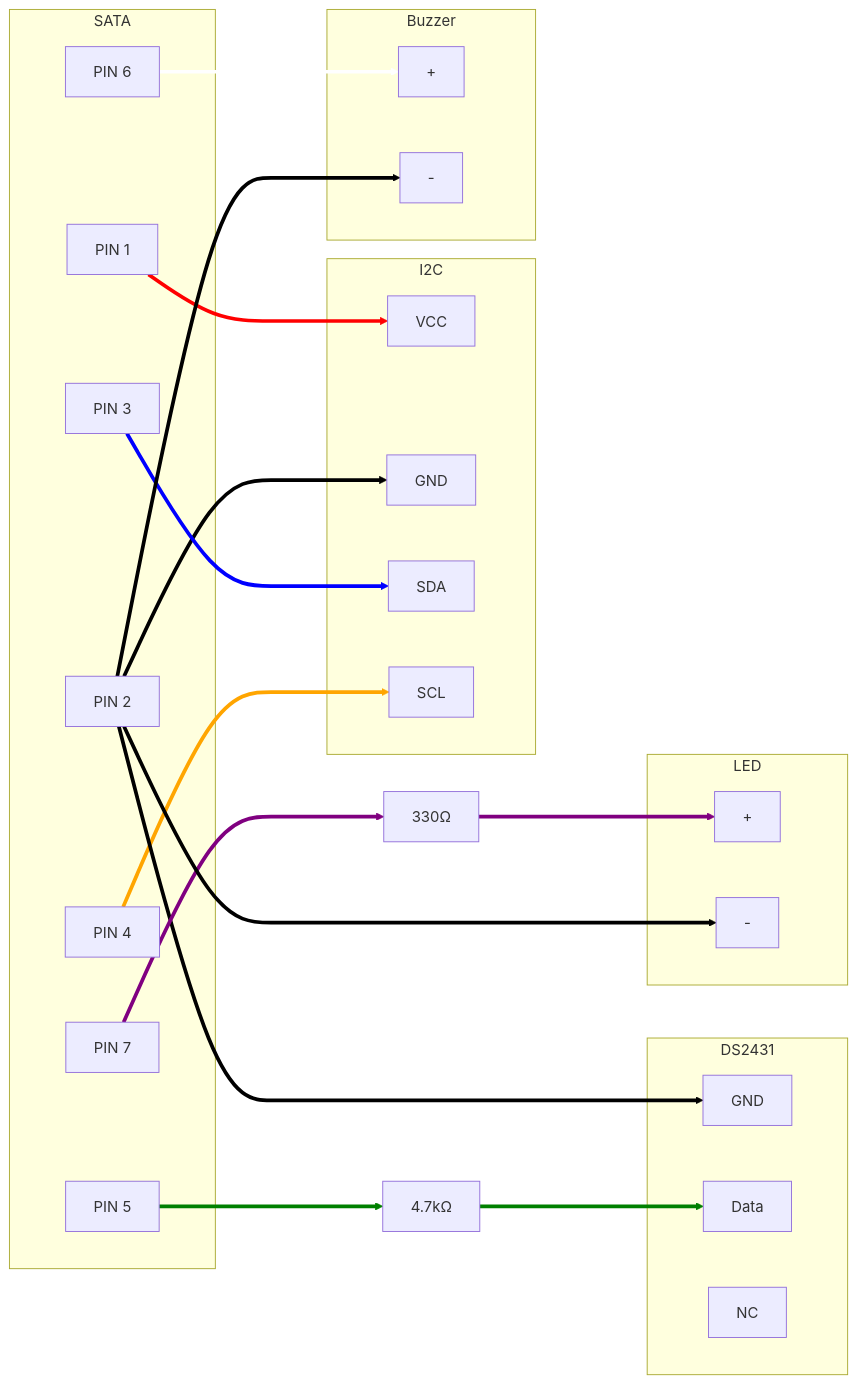
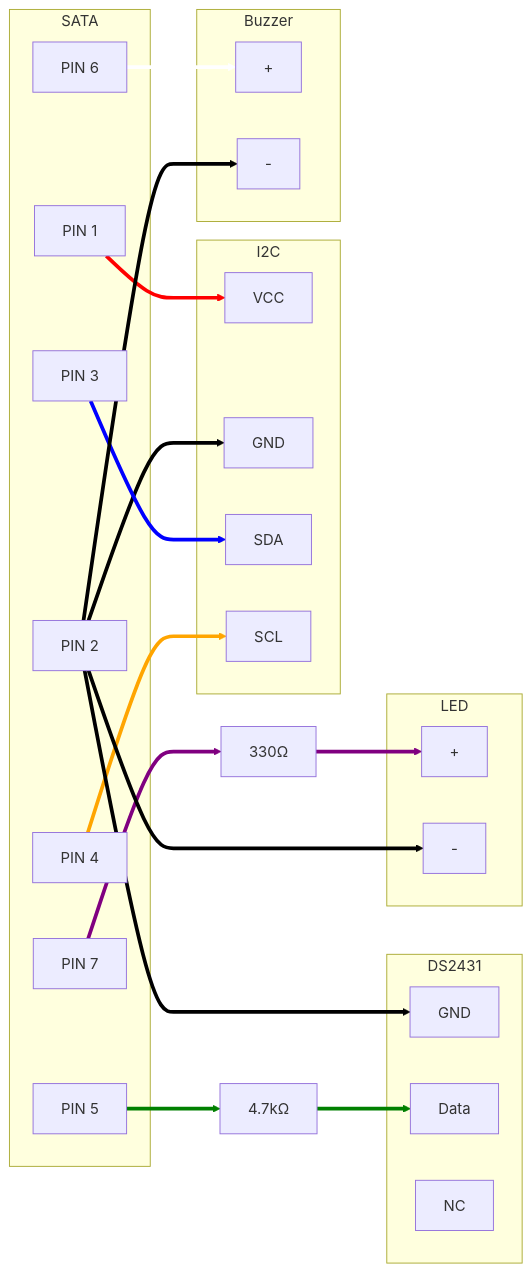
The diagram in IHMs/Config/README.md (FernandoFranco/Ogiva-Modular-para-Airsoft), drawn with Mermaid before and after one commit. The commit also changed 2 other files, not shown here.

Commit message:
remove unnecessary images README and clean up connection diagram formatting

````diff
--- a/IHMs/Config/README.md
+++ b/IHMs/Config/README.md
@@ -128,70 +128,63 @@
 ```mermaid
-%%{init: {
-  "flowchart": {
-    "nodeSpacing": 60,
-    "rankSpacing": 120
-  }
-}}%%
-
 graph LR
     subgraph SATA
       PIN1[PIN 1]
       PIN2[PIN 2]
       PIN3[PIN 3]
       PIN4[PIN 4]
       PIN5[PIN 5]
       PIN6[PIN 6]
       PIN7[PIN 7]
     end
 
     subgraph I2C
       I2C_VCC[VCC]
       I2C_GND[GND]
       I2C_SDA[SDA]
       I2C_SCL[SCL]
     end
 
     subgraph DS2431
       DS2431_GND[GND]
       DS2431_Data[Data]
       DS2431_NC[NC]
     end
 
     subgraph Buzzer
       Buzzer_P[+]
       Buzzer_N[-]
     end
 
     subgraph LED
       LED_P[+]
       LED_N[-]
     end
 
     PIN1 --> I2C_VCC
     PIN2 --> I2C_GND
     PIN3 --> I2C_SDA
     PIN4 --> I2C_SCL
     linkStyle 0 stroke:red,stroke-width:4px
     linkStyle 1 stroke:black,stroke-width:4px
     linkStyle 2 stroke:blue,stroke-width:4px
     linkStyle 3 stroke:orange,stroke-width:4px
 
     PIN5 --> R4K7[4.7kΩ]
     R4K7 --> DS2431_Data
     PIN2 --> DS2431_GND
     linkStyle 4 stroke:green,stroke-width:4px
     linkStyle 5 stroke:green,stroke-width:4px
     linkStyle 6 stroke:black,stroke-width:4px
 
     PIN6 --> Buzzer_P
     PIN2 --> Buzzer_N
     linkStyle 7 stroke:white,stroke-width:4px
     linkStyle 8 stroke:black,stroke-width:4px
 
     PIN7 --> R330R[330Ω]
     R330R --> LED_P
     PIN2 --> LED_N
     linkStyle 9 stroke:purple,stroke-width:4px
     linkStyle 10 stroke:purple,stroke-width:4px
     linkStyle 11 stroke:black,stroke-width:4px
 ```
````
